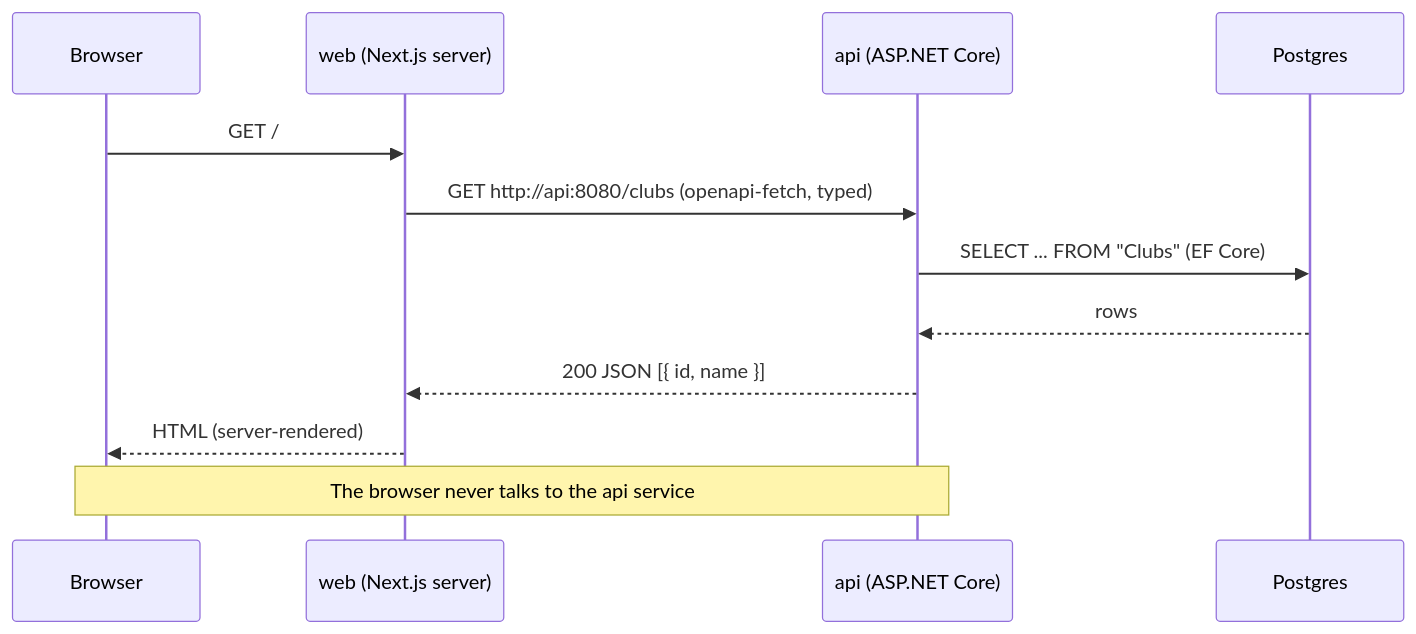
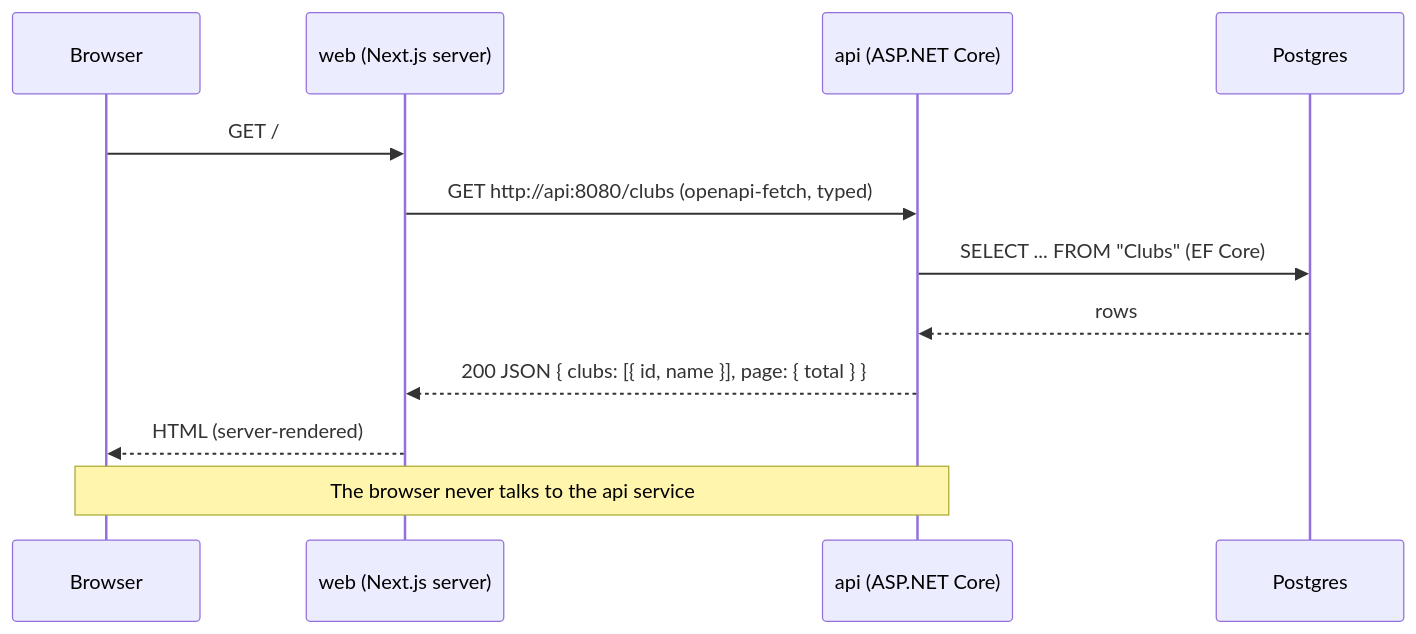
One commit to l1em1on1/social-tennis changed the second of 6 diagrams in docs/architecture.md. Above: the diagram before and after it, drawn with Mermaid. The commit also changed other lines of this file and 20 other files, not shown here.

````diff
--- a/docs/architecture.md
+++ b/docs/architecture.md
@@ -30,15 +30,15 @@
 ```mermaid
 sequenceDiagram
     participant B as Browser
     participant W as web (Next.js server)
     participant A as api (ASP.NET Core)
     participant P as Postgres
 
     B->>W: GET /
     W->>A: GET http://api:8080/clubs (openapi-fetch, typed)
     A->>P: SELECT ... FROM "Clubs" (EF Core)
     P-->>A: rows
-    A-->>W: 200 JSON [{ id, name }]
+    A-->>W: 200 JSON { clubs: [{ id, name }], page: { total } }
     W-->>B: HTML (server-rendered)
     Note over B,A: The browser never talks to the api service
 ```
````
